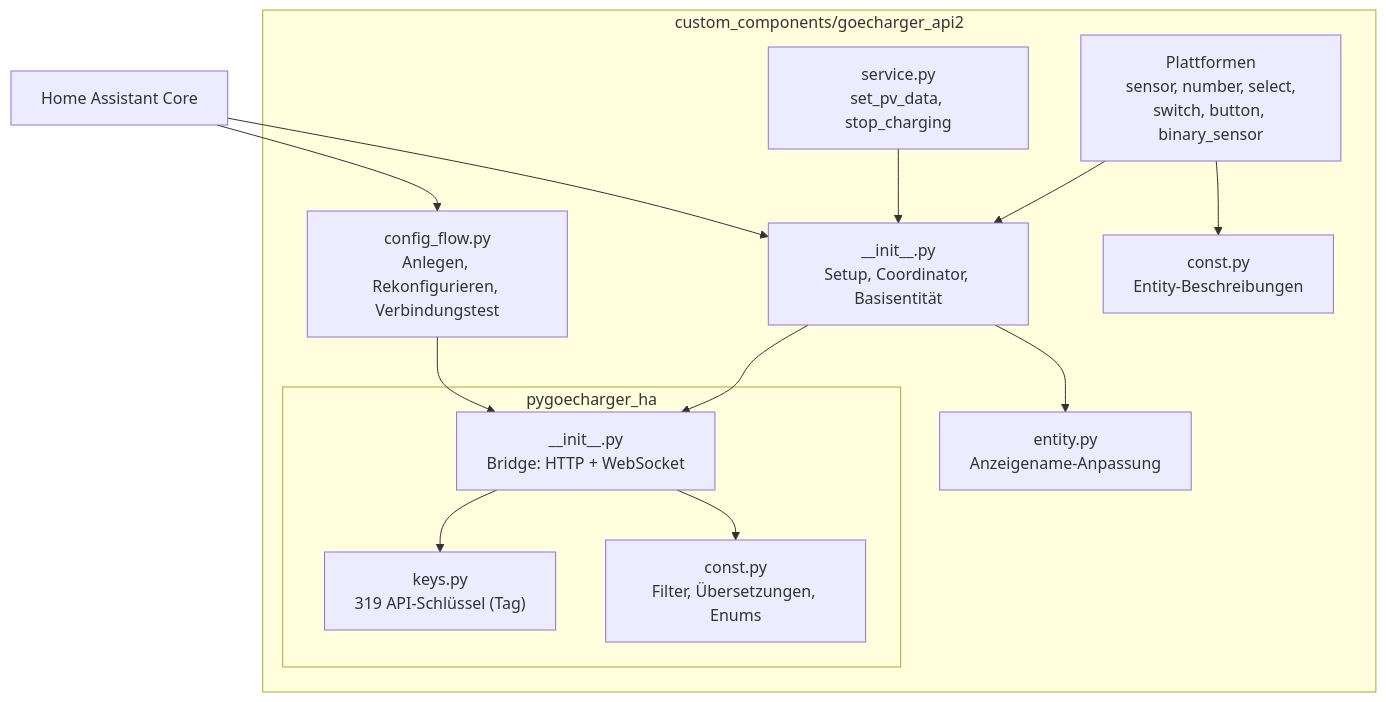
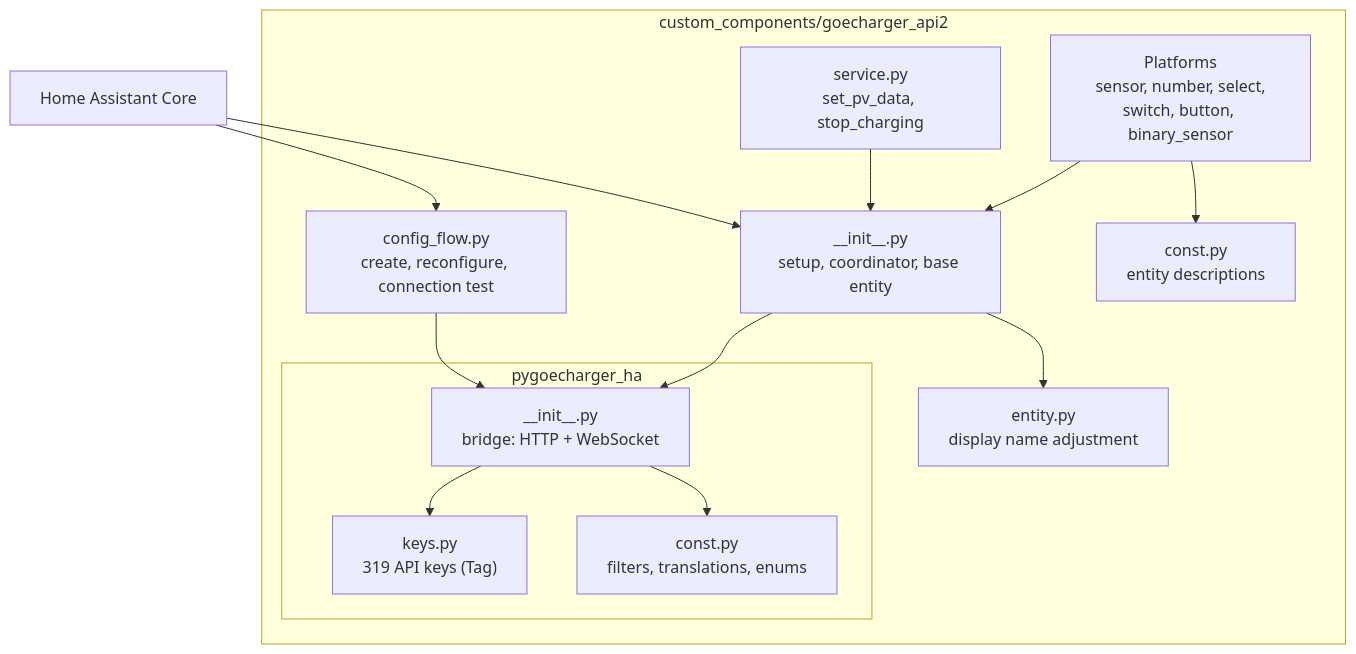
One commit to OliEder/ha-goecharger-api2 changed the second of 12 diagrams in docs/architecture/arc42-ha-goecharger-api2.md. Above: the diagram before and after it, drawn with Mermaid. The commit also changed other lines of this file and 89 other files, not shown here.

````diff
--- a/docs/architecture/arc42-ha-goecharger-api2.md
+++ b/docs/architecture/arc42-ha-goecharger-api2.md
@@ -166,27 +166,27 @@
 ```mermaid
 flowchart TB
     subgraph Integration["custom_components/goecharger_api2"]
-        INIT["__init__.py<br/>Setup, Coordinator, Basisentität"]
-        CF["config_flow.py<br/>Anlegen, Rekonfigurieren, Verbindungstest"]
+        INIT["__init__.py<br/>setup, coordinator, base entity"]
+        CF["config_flow.py<br/>create, reconfigure, connection test"]
         SVC["service.py<br/>set_pv_data, stop_charging"]
-        PLAT["Plattformen<br/>sensor, number, select,<br/>switch, button, binary_sensor"]
-        CONST["const.py<br/>Entity-Beschreibungen"]
-        ENT["entity.py<br/>Anzeigename-Anpassung"]
+        PLAT["Platforms<br/>sensor, number, select,<br/>switch, button, binary_sensor"]
+        CONST["const.py<br/>entity descriptions"]
+        ENT["entity.py<br/>display name adjustment"]
         subgraph Lib["pygoecharger_ha"]
-            BR["__init__.py<br/>Bridge: HTTP + WebSocket"]
-            KEYS["keys.py<br/>319 API-Schlüssel (Tag)"]
-            PC["const.py<br/>Filter, Übersetzungen, Enums"]
+            BR["__init__.py<br/>bridge: HTTP + WebSocket"]
+            KEYS["keys.py<br/>319 API keys (Tag)"]
+            PC["const.py<br/>filters, translations, enums"]
         end
     end
     HAcore[Home Assistant Core]
     INIT --> BR
     INIT --> ENT
     PLAT --> INIT
     PLAT --> CONST
     SVC --> INIT
     CF --> BR
     BR --> KEYS
     BR --> PC
     HAcore --> INIT
     HAcore --> CF
 ```
````
